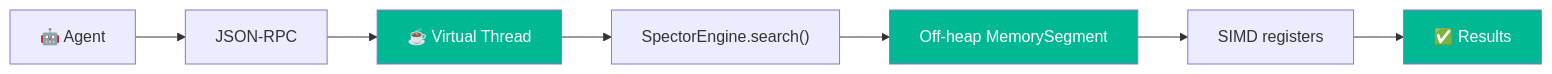
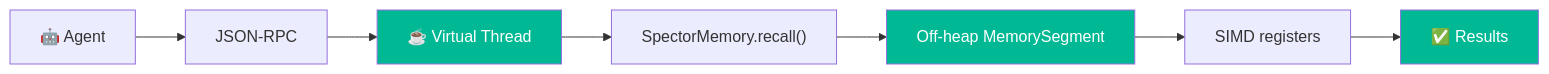
Before and after one commit to spectrayan/spector: the fourth of 4 diagrams in docs/docs/architecture/mcp-integration.md, drawn with Mermaid. The commit also changed other lines of this file and 9 other files, not shown here.

First line of the commit message:
docs: reposition Spector as agent-ready cognitive memory (#450) (#452)

````diff
--- a/docs/docs/architecture/mcp-integration.md
+++ b/docs/docs/architecture/mcp-integration.md
@@ -312,13 +247,13 @@
 ```mermaid
 graph LR
     A2["🤖 Agent"] --> B2["JSON-RPC"]
     B2 --> C2["☕ Virtual Thread"]
-    C2 --> D2["SpectorEngine.search()"]
+    C2 --> D2["SpectorMemory.recall()"]
     D2 --> E2["Off-heap MemorySegment"]
     E2 --> F2["SIMD registers"]
     F2 --> G2["✅ Results"]
 
     style C2 fill:#00b894,color:white
     style E2 fill:#00b894,color:white
     style G2 fill:#00b894,color:white
 ```
````
